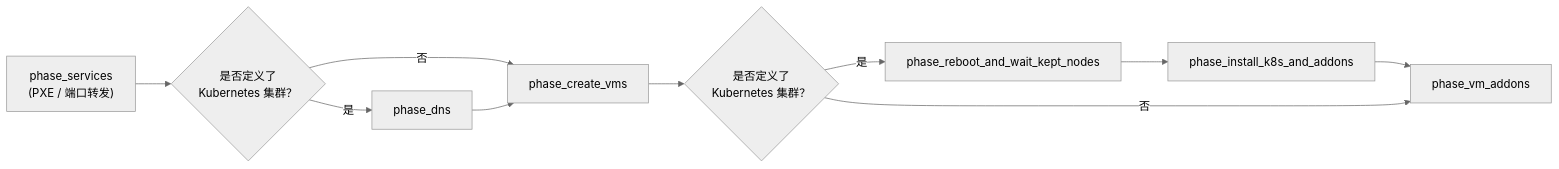
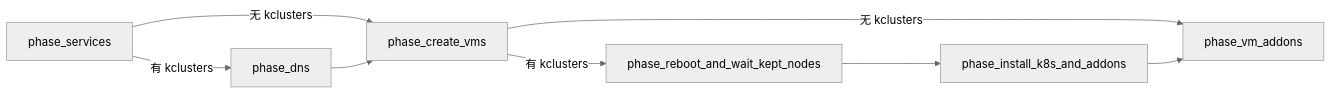
Before and after one commit to rmahique/lab-in-a-box: the second of 5 diagrams in README.zh-CN.md, drawn with Mermaid (neutral theme). The commit also changed other lines of this file and 7 other files, not shown here.

````diff
--- a/README.zh-CN.md
+++ b/README.zh-CN.md
@@ -140,12 +135,10 @@
 ```mermaid
 flowchart LR
-    A["phase_services<br/>(PXE / 端口转发)"] --> B{"是否定义了<br/>Kubernetes 集群？"}
-    B -- 是 --> C["phase_dns"]
-    B -- 否 --> D["phase_create_vms"]
-    C --> D
-    D --> E{"是否定义了<br/>Kubernetes 集群？"}
-    E -- 是 --> F["phase_reboot_and_wait_kept_nodes"]
+    A["phase_services"] -->|"有 kclusters"| C["phase_dns"]
+    A -->|"无 kclusters"| D["phase_create_vms"]
+    C --> D["phase_create_vms"]
+    D -->|"有 kclusters"| F["phase_reboot_and_wait_kept_nodes"]
+    D -->|"无 kclusters"| H["phase_vm_addons"]
     F --> G["phase_install_k8s_and_addons"]
     G --> H["phase_vm_addons"]
-    E -- 否 --> H
 ```
````
